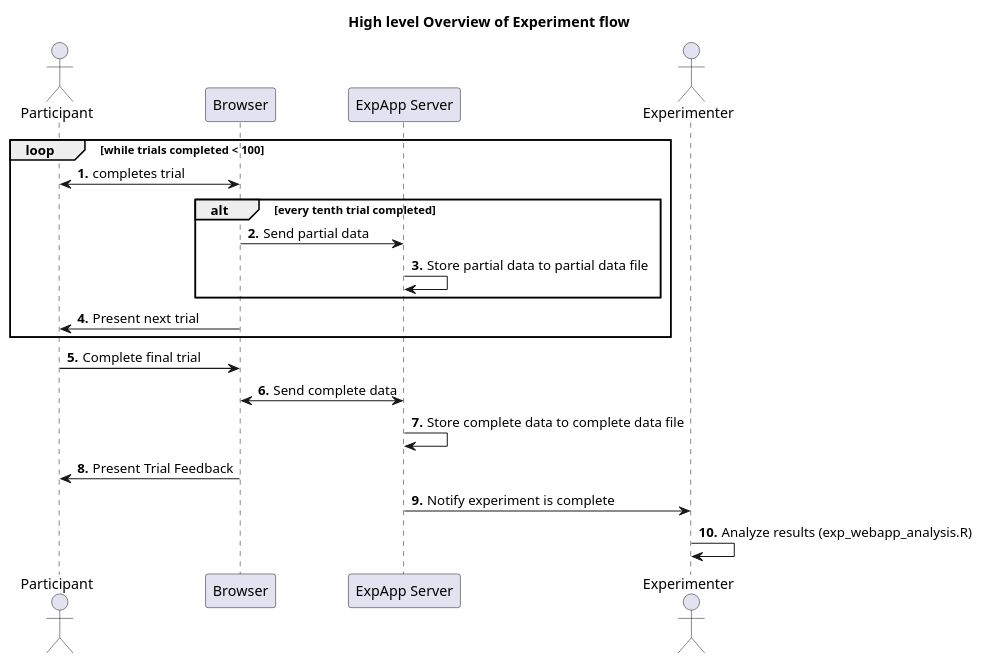
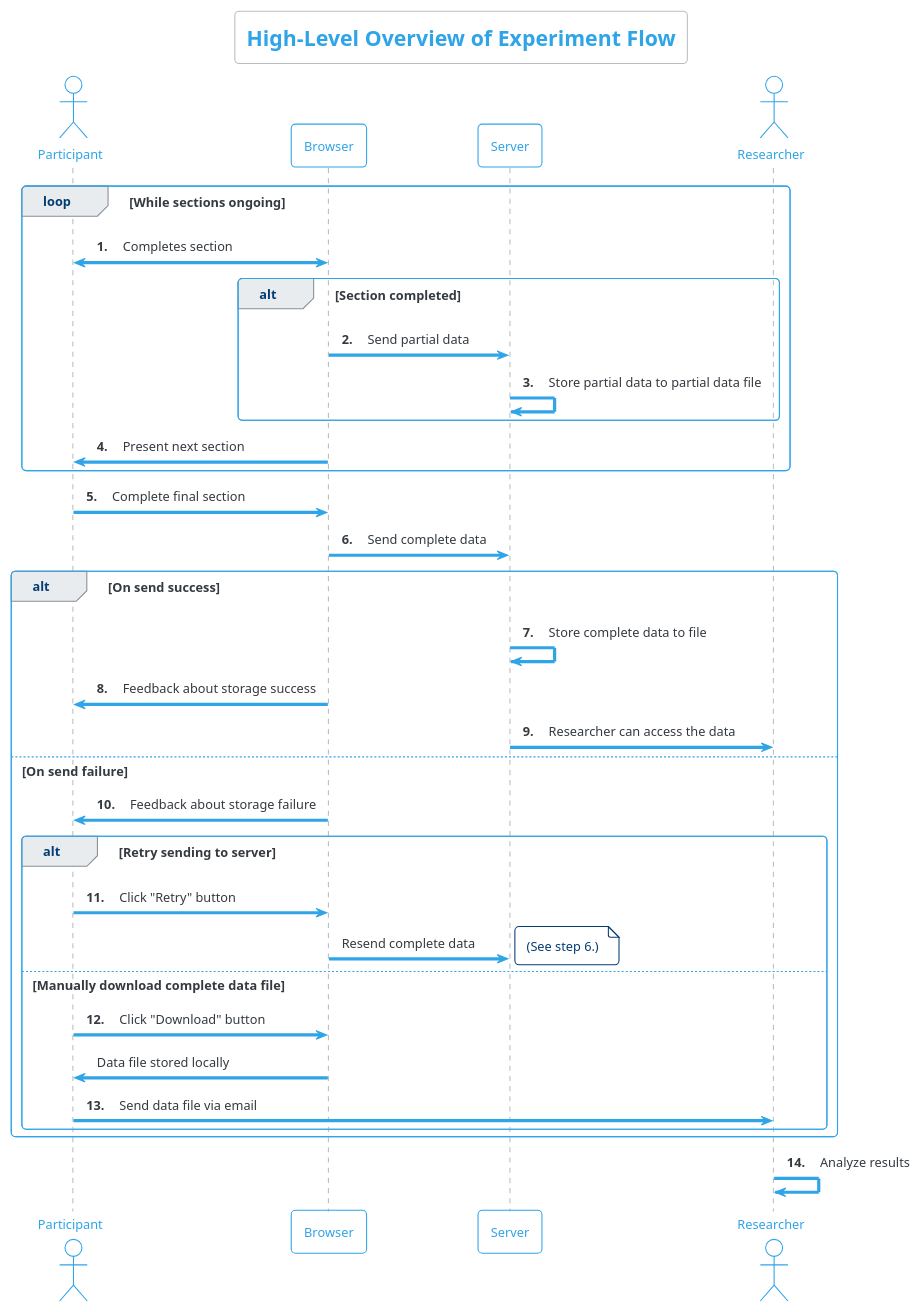
One commit to gasparl/expapp changed the diagram in docs/sequence_data.puml. Above: the diagram before and after it, drawn with PlantUML.

Commit message:
puml updates

```diff
--- a/docs/sequence_data.puml
+++ b/docs/sequence_data.puml
@@ -1,27 +1,49 @@
 @startuml
-title High level Overview of Experiment flow
+'!theme cerulean-outline plain
+!theme cerulean-outline
+title High-Level Overview of Experiment Flow
 autonumber "<b>0."
 actor "Participant" as P
 participant "Browser" as B
-participant "ExpApp Server" as S
-actor "Experimenter" as E
+participant "Server" as S
+actor "Researcher" as E
 '
 'E -> P : Send URL
 'P -> B : Visit URL
 'B <-> S : Retrieve website
 'B -> P : Display website
-loop while trials completed < 100
-    P <-> B : completes trial
-    alt every tenth trial completed
+loop While sections ongoing
+    P <-> B : Completes section
+    alt Section completed
         B -> S : Send partial data
         S -> S : Store partial data to partial data file
     end
-    B -> P : Present next trial
+    B -> P : Present next section
 end
-P -> B : Complete final trial
-B <-> S : Send complete data
-S -> S : Store complete data to complete data file
-B -> P : Present Trial Feedback
-S -> E : Notify experiment is complete
-E -> E : Analyze results (exp_webapp_analysis.R)
+P -> B : Complete final section
+B -> S : Send complete data
+alt On send success
+S -> S : Store complete data to file
+B -> P : Feedback about storage success
+S -> E : Researcher can access the data
+else On send failure
+    B -> P : Feedback about storage failure
+    alt Retry sending to server
+        B <- P : Click "Retry" button
+
+        autonumber stop
+        B -> S : Resend complete data
+        note right
+            (See step 6.)
+        end note
+        autonumber resume
+    else Manually download complete data file 
+        B <- P : Click "Download" button
+        autonumber stop
+        B -> P : Data file stored locally
+        autonumber resume
+        P -> E : Send data file via email
+    end
+end
+E -> E : Analyze results
 @enduml
```
